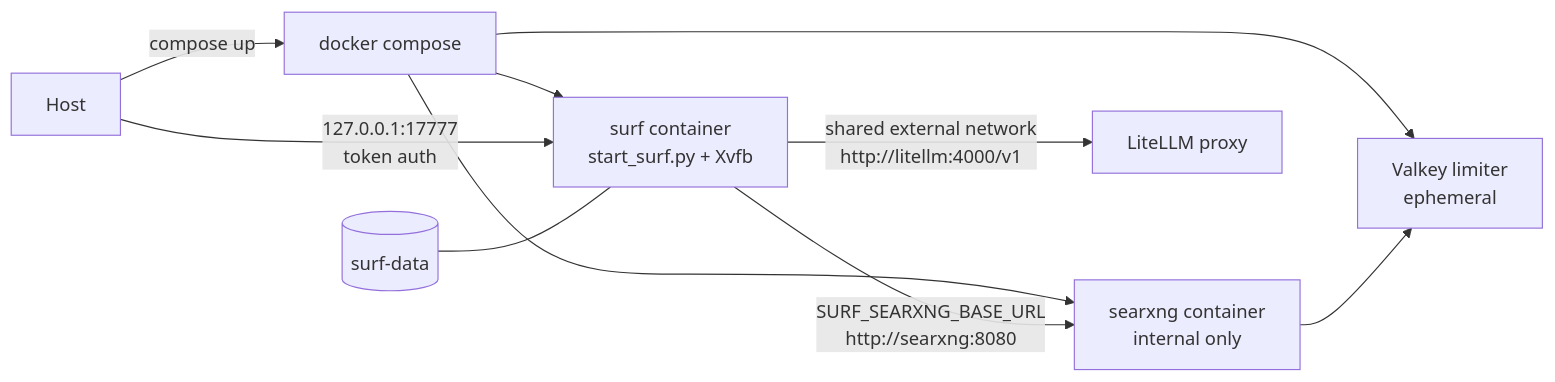
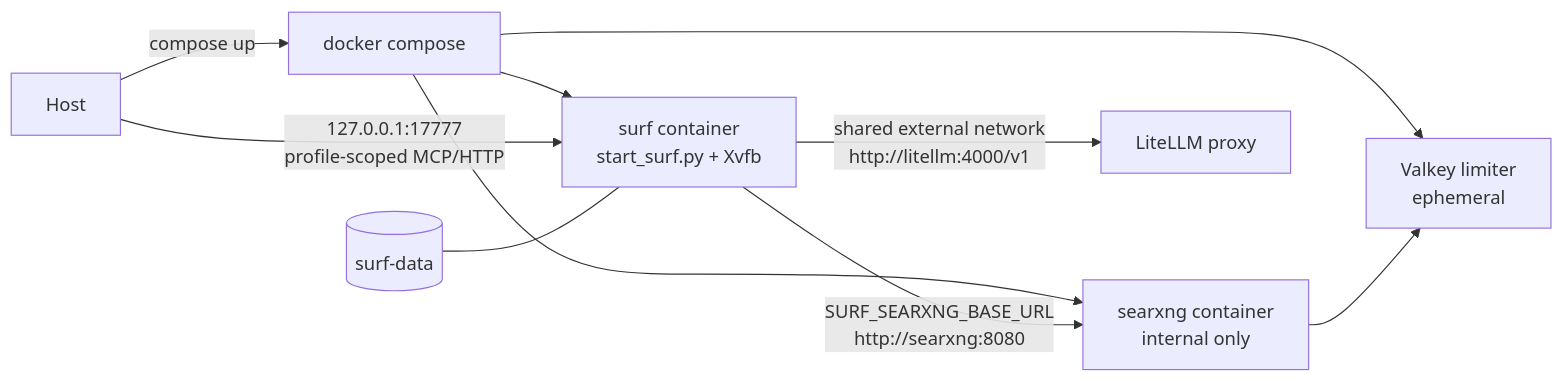
One commit to nomadbarefoot/SURF changed the seventh of 7 diagrams in ARCHITECTURE.md. Above: the diagram before and after it, drawn with Mermaid. The commit also changed other lines of this file and 49 other files, not shown here.

Commit message:
feat: add profile-scoped MCP tool surfaces

````diff
--- a/ARCHITECTURE.md
+++ b/ARCHITECTURE.md
@@ -203,12 +203,12 @@
 ```mermaid
 flowchart LR
   Host["Host"] -->|compose up| Compose["docker compose"]
   Compose --> SurfC["surf container<br/>start_surf.py + Xvfb"]
   Compose --> SXC["searxng container<br/>internal only"]
   Compose --> VK["Valkey limiter<br/>ephemeral"]
   SurfC -->|SURF_SEARXNG_BASE_URL<br/>http://searxng:8080| SXC
   SurfC -->|shared external network<br/>http://litellm:4000/v1| LiteLLM["LiteLLM proxy"]
-  Host -->|127.0.0.1:17777<br/>token auth| SurfC
+  Host -->|127.0.0.1:17777<br/>profile-scoped MCP/HTTP| SurfC
   SXC --> VK
   Vol1[("surf-data")] --- SurfC
 ```
````
